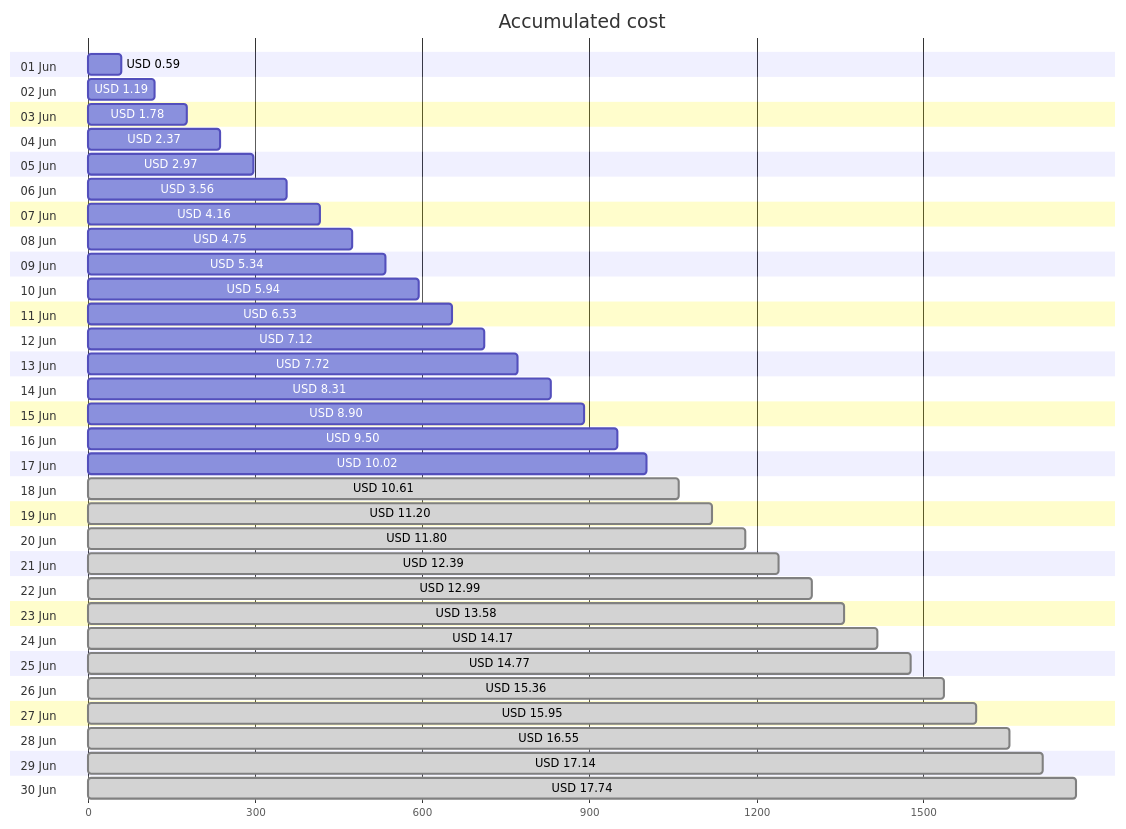
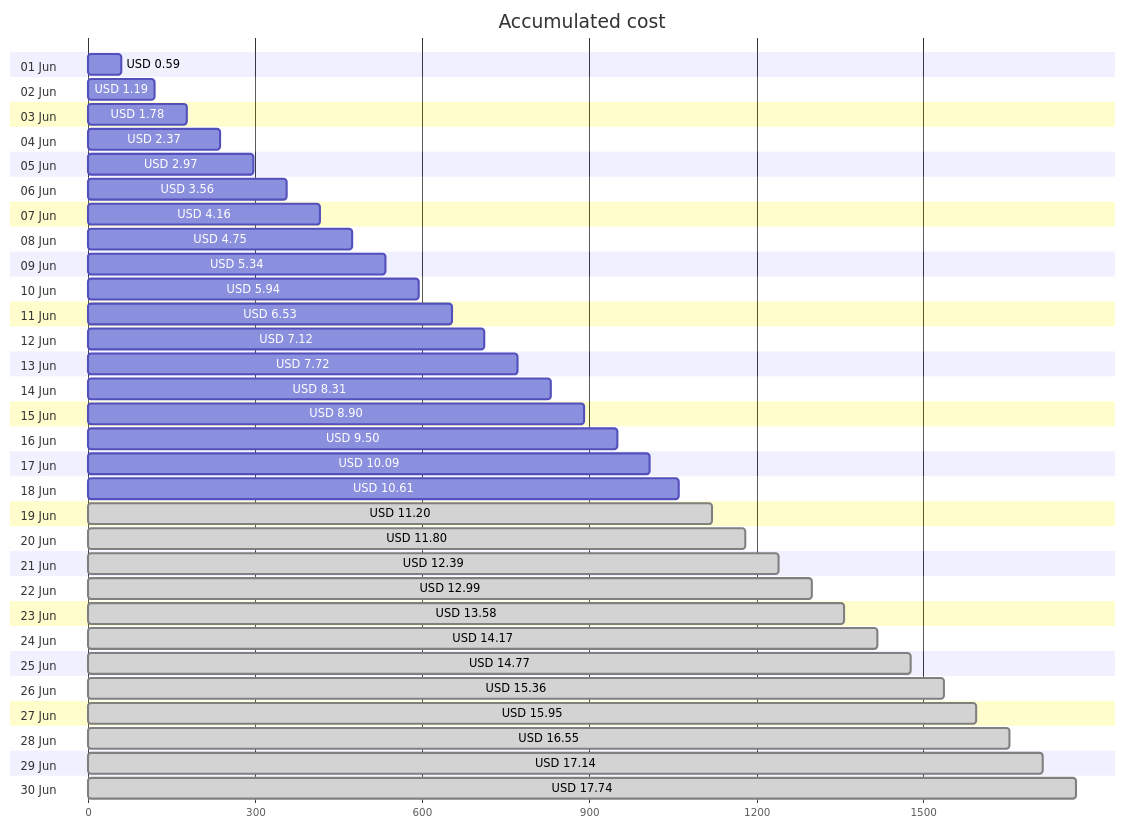
One commit to jpfulton/azure-personal-reports changed the first of 4 diagrams in cost-reports/personal-site/README.md. Above: the diagram before and after it, drawn with Mermaid. The commit also changed other lines of this file and 6 other files, not shown here.

````diff
--- a/cost-reports/personal-site/README.md
+++ b/cost-reports/personal-site/README.md
@@ -20,66 +20,66 @@
 ```mermaid
 gantt
    title Accumulated cost
    dateFormat  X
    axisFormat %s
    section 01 Jun
    USD 0.59 :0, 59
    section 02 Jun
    USD 1.19 :0, 119
    section 03 Jun
    USD 1.78 :0, 178
    section 04 Jun
    USD 2.37 :0, 237
    section 05 Jun
    USD 2.97 :0, 297
    section 06 Jun
    USD 3.56 :0, 356
    section 07 Jun
    USD 4.16 :0, 416
    section 08 Jun
    USD 4.75 :0, 475
    section 09 Jun
    USD 5.34 :0, 534
    section 10 Jun
    USD 5.94 :0, 594
    section 11 Jun
    USD 6.53 :0, 653
    section 12 Jun
    USD 7.12 :0, 712
    section 13 Jun
    USD 7.72 :0, 772
    section 14 Jun
    USD 8.31 :0, 831
    section 15 Jun
    USD 8.90 :0, 890
    section 16 Jun
    USD 9.50 :0, 950
    section 17 Jun
-   USD 10.02 :0, 1002
+   USD 10.09 :0, 1009
    section 18 Jun
-   USD 10.61 : done, 0, 1061
+   USD 10.61 :0, 1061
    section 19 Jun
    USD 11.20 : done, 0, 1120
    section 20 Jun
    USD 11.80 : done, 0, 1180
    section 21 Jun
    USD 12.39 : done, 0, 1239
    section 22 Jun
    USD 12.99 : done, 0, 1299
    section 23 Jun
    USD 13.58 : done, 0, 1358
    section 24 Jun
    USD 14.17 : done, 0, 1417
    section 25 Jun
    USD 14.77 : done, 0, 1477
    section 26 Jun
    USD 15.36 : done, 0, 1536
    section 27 Jun
    USD 15.95 : done, 0, 1595
    section 28 Jun
    USD 16.55 : done, 0, 1655
    section 29 Jun
    USD 17.14 : done, 0, 1714
    section 30 Jun
    USD 17.74 : done, 0, 1774
 ```
````
